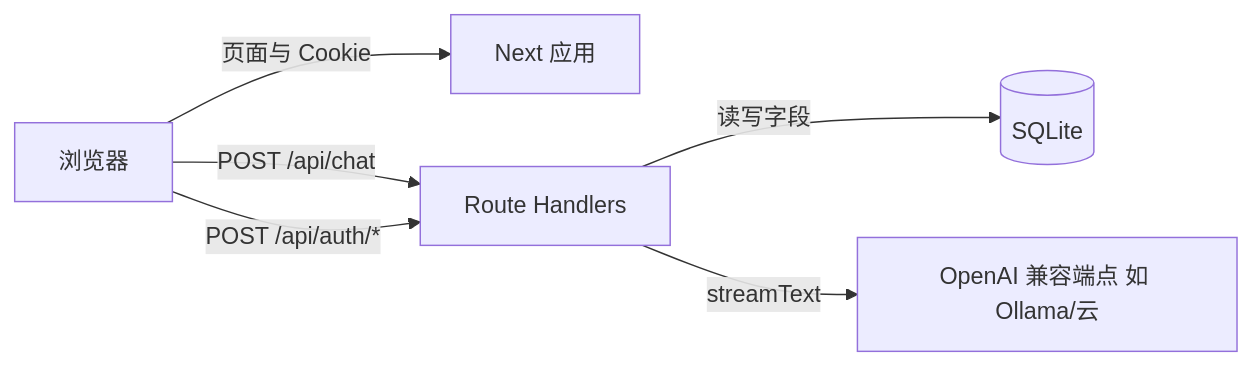
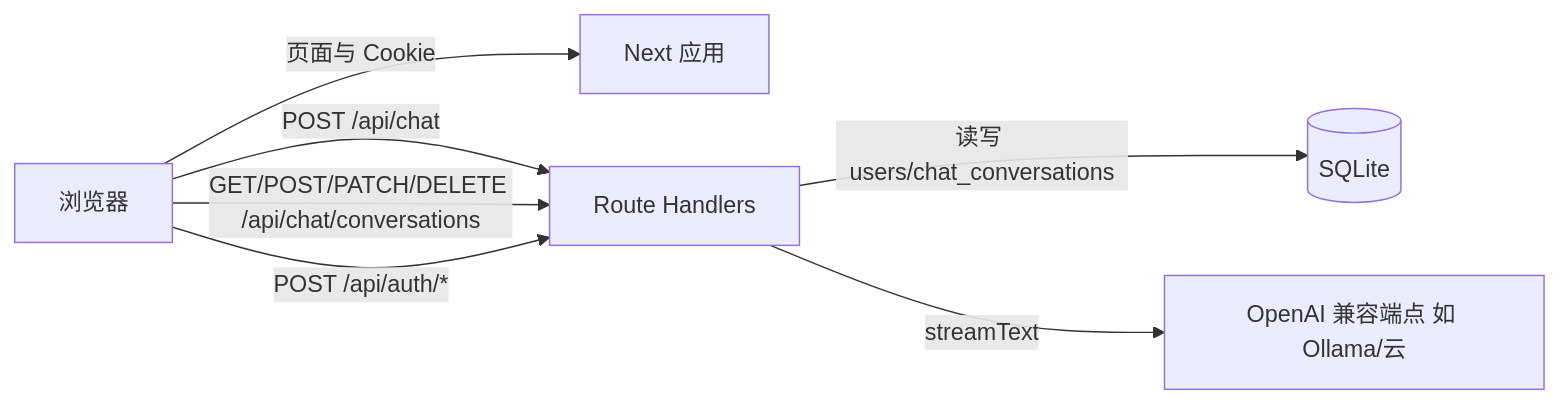
Before and after one commit to ycvenopyer/iTip: the diagram in docs/ARCHITECTURE.md, drawn with Mermaid. The commit also changed other lines of this file and 3 other files, not shown here.

````diff
--- a/docs/ARCHITECTURE.md
+++ b/docs/ARCHITECTURE.md
@@ -12,14 +12,15 @@
 ```mermaid
 flowchart LR
   Browser[浏览器]
   Next[Next 应用]
   API[Route Handlers]
   DB[(SQLite)]
   LLM[OpenAI 兼容端点 如 Ollama/云]
 
   Browser -->|页面与 Cookie| Next
   Browser -->|POST /api/chat| API
+  Browser -->|GET/POST/PATCH/DELETE /api/chat/conversations| API
   Browser -->|POST /api/auth/*| API
-  API -->|读写字段| DB
+  API -->|读写 users/chat_conversations| DB
   API -->|streamText| LLM
 ```
````
